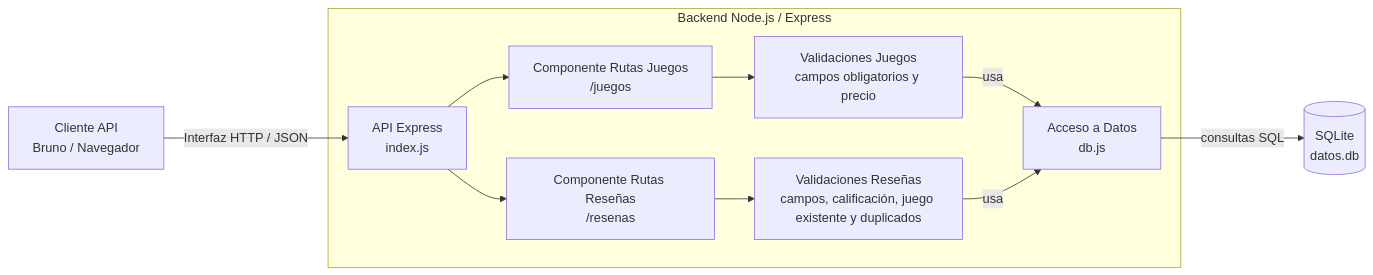
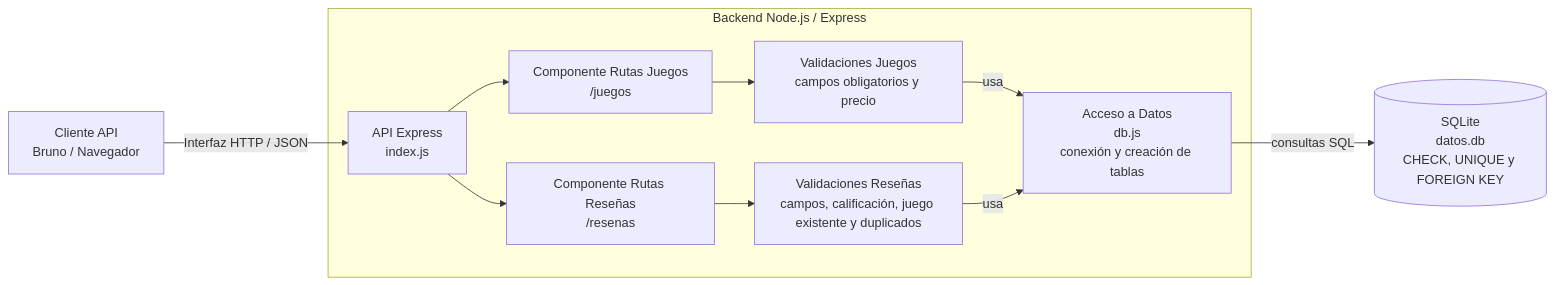
The diagram in docs/Diagrama-componentes.md (Ast-J-W/AST-j-w), drawn with Mermaid before and after one commit.

````diff
--- a/docs/Diagrama-componentes.md
+++ b/docs/Diagrama-componentes.md
@@ -3,24 +3,24 @@
-```mermaid
+```mermaid id="u0digq"
 flowchart LR
     C[Cliente API<br/>Bruno / Navegador]
 
     subgraph B[Backend Node.js / Express]
         API[API Express<br/>index.js]
         RJ[Componente Rutas Juegos<br/>/juegos]
         RR[Componente Rutas Reseñas<br/>/resenas]
         VJ[Validaciones Juegos<br/>campos obligatorios y precio]
         VR[Validaciones Reseñas<br/>campos, calificación, juego existente y duplicados]
-        DBJS[Acceso a Datos<br/>db.js]
+        DBJS[Acceso a Datos<br/>db.js<br/>conexión y creación de tablas]
     end
 
-    D[(SQLite<br/>datos.db)]
+    D[(SQLite<br/>datos.db<br/>CHECK, UNIQUE y FOREIGN KEY)]
 
     C -->|Interfaz HTTP / JSON| API
     API --> RJ
     API --> RR
     RJ --> VJ
     RR --> VR
     VJ -->|usa| DBJS
     VR -->|usa| DBJS
     DBJS -->|consultas SQL| D
 ```
````
